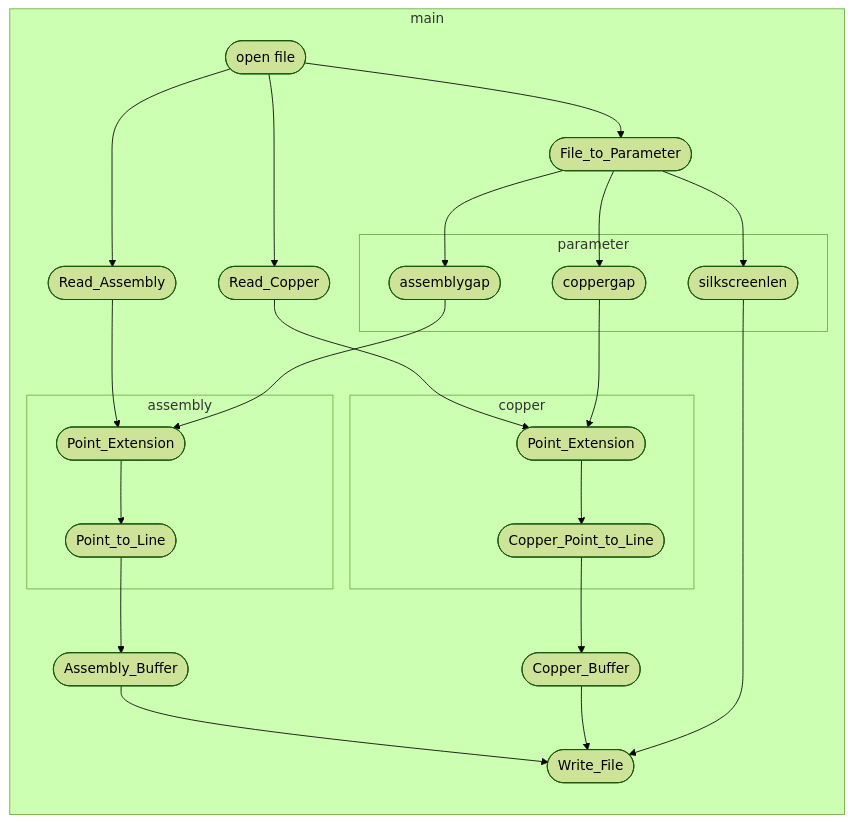
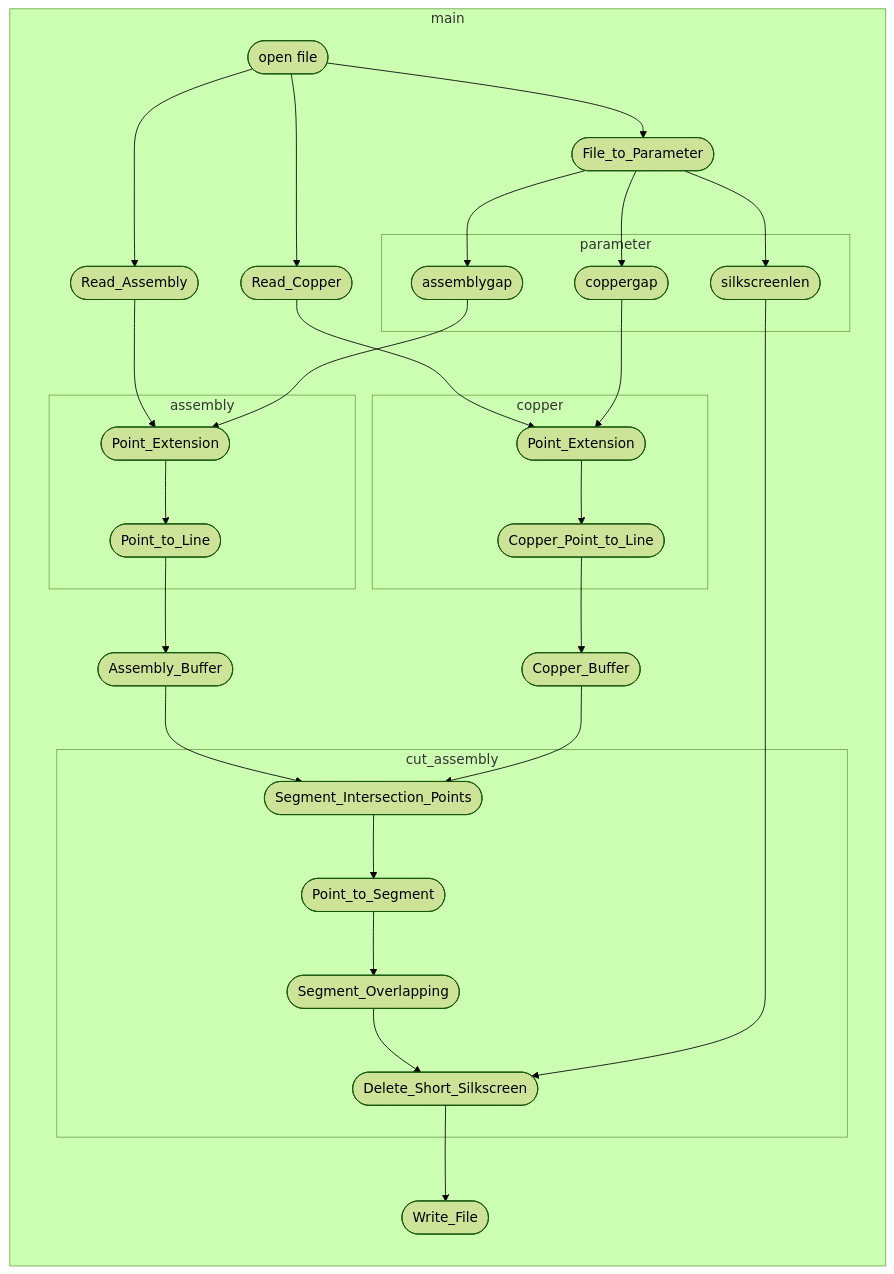
Before and after one commit to PeterChiang0101/ICCAD-Contest: the diagram in README.md, drawn with Mermaid (forest theme). The commit also changed other lines of this file and 3 other files, not shown here.

````diff
--- a/README.md
+++ b/README.md
@@ -81,51 +81,63 @@
 ```mermaid
 flowchart LR
     subgraph main
 
     a0([open file])
     a1([File_to_Parameter])
     a2([Read_Assembly])
     a3([Read_Copper])
     a4([Assembly_Buffer])
     a5([Copper_Buffer])
     a6([Write_File])
 
         subgraph parameter
         b1([assemblygap])
         b2([coppergap])
         b3([silkscreenlen])
         end 
 
         subgraph assembly
         c1([Point_Extension])
         c2([Point_to_Line])
         end
 
         subgraph copper
         d1([Point_Extension])
         d2([Copper_Point_to_Line])
         end
+
+        subgraph cut_assembly
+        e1([Segment_Intersection_Points])
+        e2([Point_to_Segment])
+        e3([Segment_Overlapping])
+        e4([Delete_Short_Silkscreen])
+        end
     end
     
     a0 --> a1
     a0 --> a2
     a0 --> a3
     a1 --> b1
     a1 --> b2
     a1 --> b3
-
-    a4 --> a6
-    a5 --> a6
-    b3 --> a6
 
     a2 --> c1
     c1 --> c2
     c2 --> a4
 
     a3 --> d1
     d1 --> d2
     d2 --> a5
 
     b1 --> c1
     b2 --> d1 
+
+    a4 --> e1
+    a5 --> e1
+    e1 --> e2
+    e2 --> e3
+    e3 --> e4
+    b3 --> e4
+
+    e4 --> a6
 ```
````
